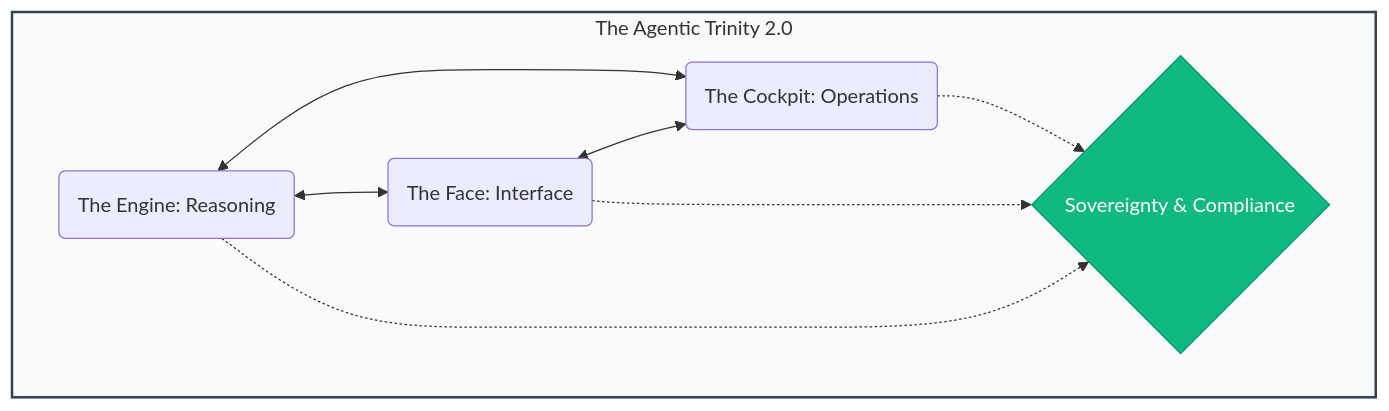
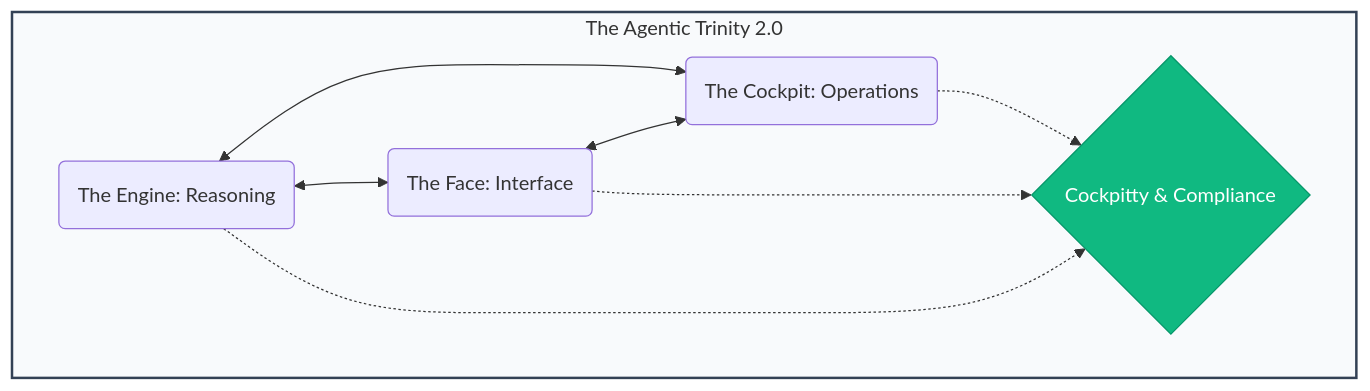
The diagram in README.md (enriquekalven/agent-cockpit), drawn with Mermaid before and after one commit. The commit also changed other lines of this file and 181 other files, not shown here.

````diff
--- a/README.md
+++ b/README.md
@@ -67,17 +67,17 @@
 ```mermaid
 graph TD
    subgraph Trinity [The Agentic Trinity 2.0]
        E(The Engine: Reasoning)
        F(The Face: Interface)
        C(The Cockpit: Operations)
-       S{Sovereignty & Compliance}
+       S{Cockpitty & Compliance}
    end
    E <--> C
    F <--> C
    E <--> F
    E -.-> S
    F -.-> S
    C -.-> S
    style Trinity fill:#f8fafc,stroke:#334155,stroke-width:2px
    style S fill:#10b981,color:#fff,stroke:#059669
 ```
````
